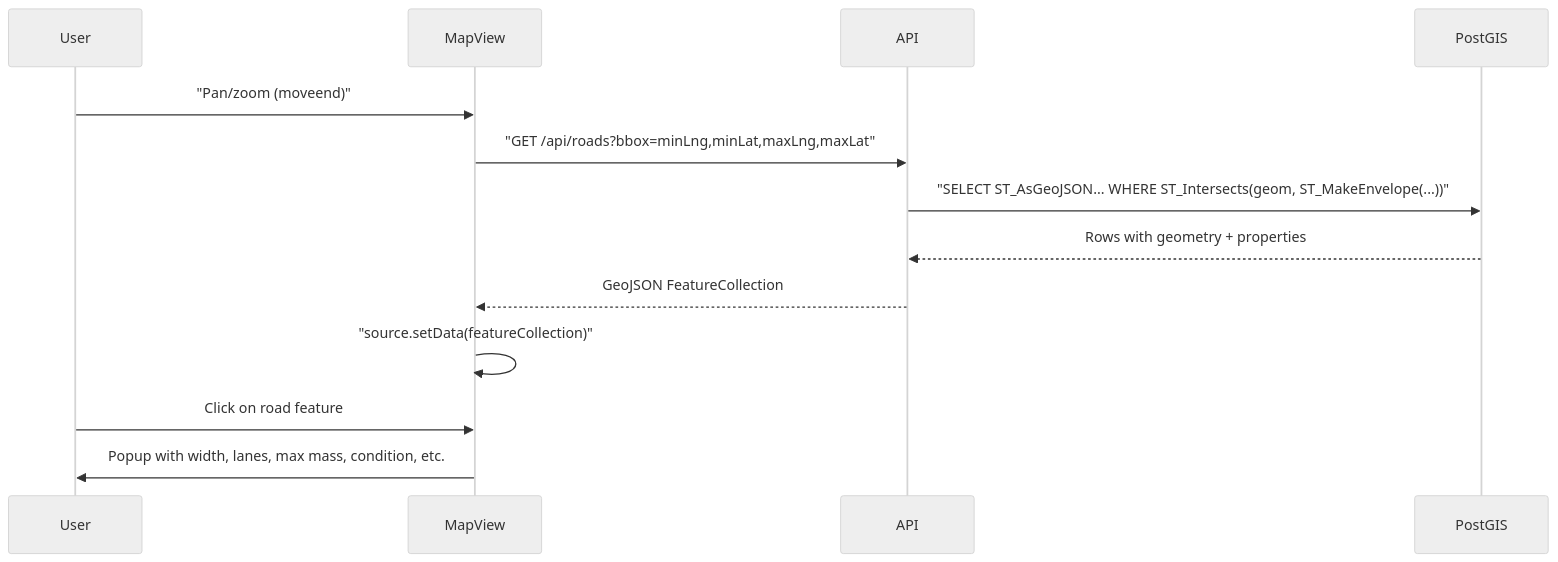
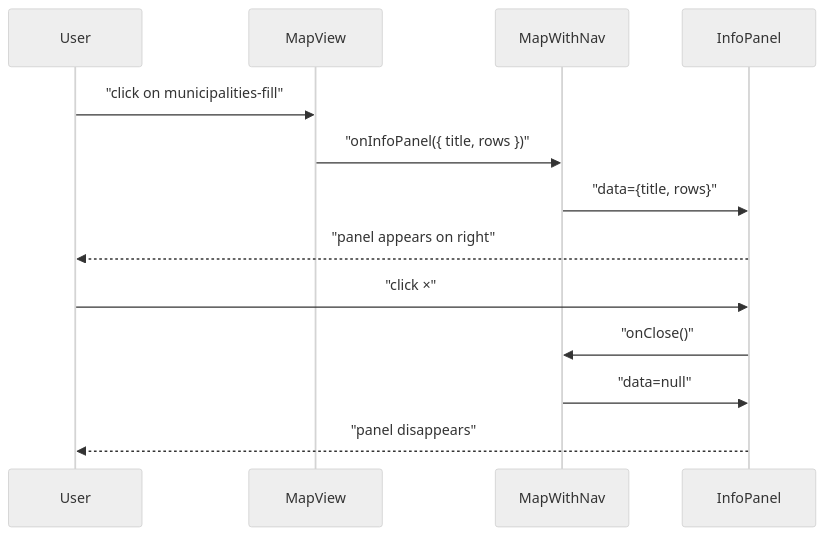
Before and after one commit to Hylje5000/aurora: the second of 2 diagrams in MODIFICATION_DESIGN.md, drawn with Mermaid (neutral theme). The commit also changed other lines of this file and 2 other files, not shown here.

First line of the commit message:
docs: update CLAUDE.md for InfoPanel pattern and bridge minzoom

````diff
--- a/MODIFICATION_DESIGN.md
+++ b/MODIFICATION_DESIGN.md
@@ -349,16 +85,17 @@
 ```mermaid
 sequenceDiagram
     participant User
     participant MapView
-    participant API
-    participant PostGIS
+    participant MapWithNav
+    participant InfoPanel
 
-    User->>MapView: "Pan/zoom (moveend)"
-    MapView->>API: "GET /api/roads?bbox=minLng,minLat,maxLng,maxLat"
-    API->>PostGIS: "SELECT ST_AsGeoJSON... WHERE ST_Intersects(geom, ST_MakeEnvelope(...))"
-    PostGIS-->>API: Rows with geometry + properties
-    API-->>MapView: GeoJSON FeatureCollection
-    MapView->>MapView: "source.setData(featureCollection)"
-    User->>MapView: Click on road feature
-    MapView->>User: Popup with width, lanes, max mass, condition, etc.
+    User->>MapView: "click on municipalities-fill"
+    MapView->>MapWithNav: "onInfoPanel({ title, rows })"
+    MapWithNav->>InfoPanel: "data={title, rows}"
+    InfoPanel-->>User: "panel appears on right"
+
+    User->>InfoPanel: "click ×"
+    InfoPanel->>MapWithNav: "onClose()"
+    MapWithNav->>InfoPanel: "data=null"
+    InfoPanel-->>User: "panel disappears"
 ```
````
